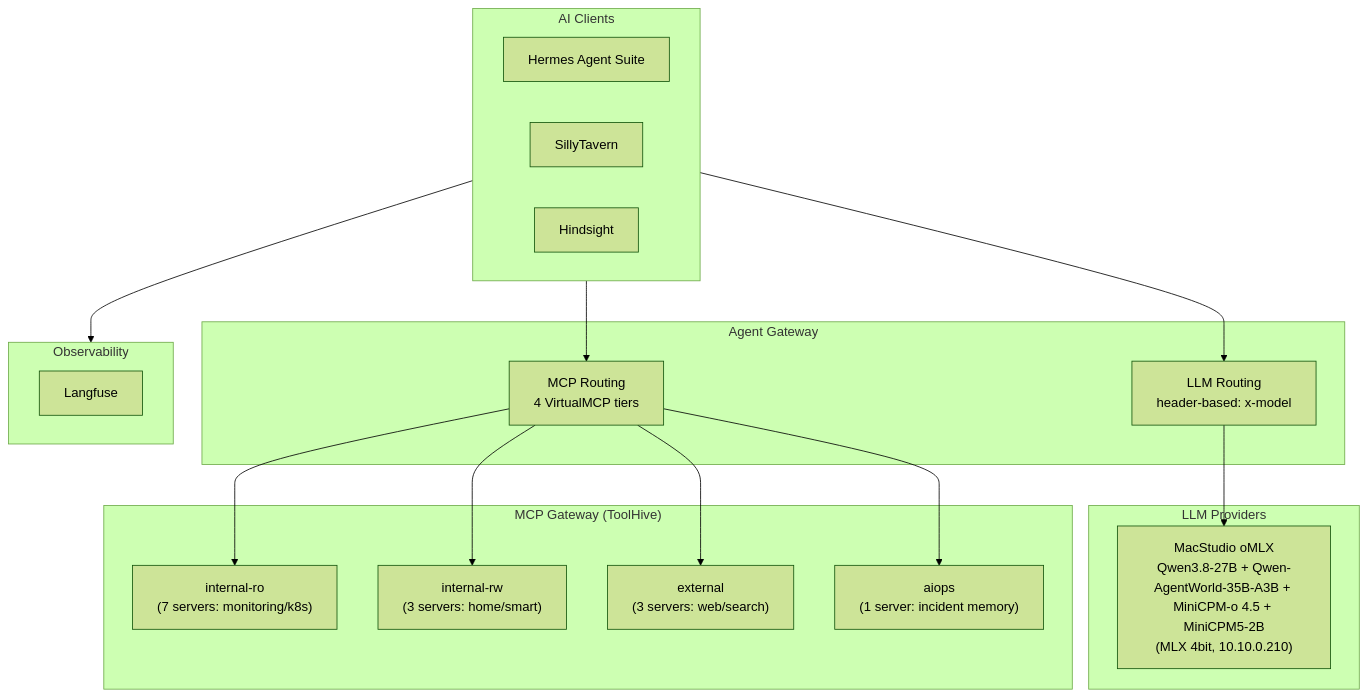
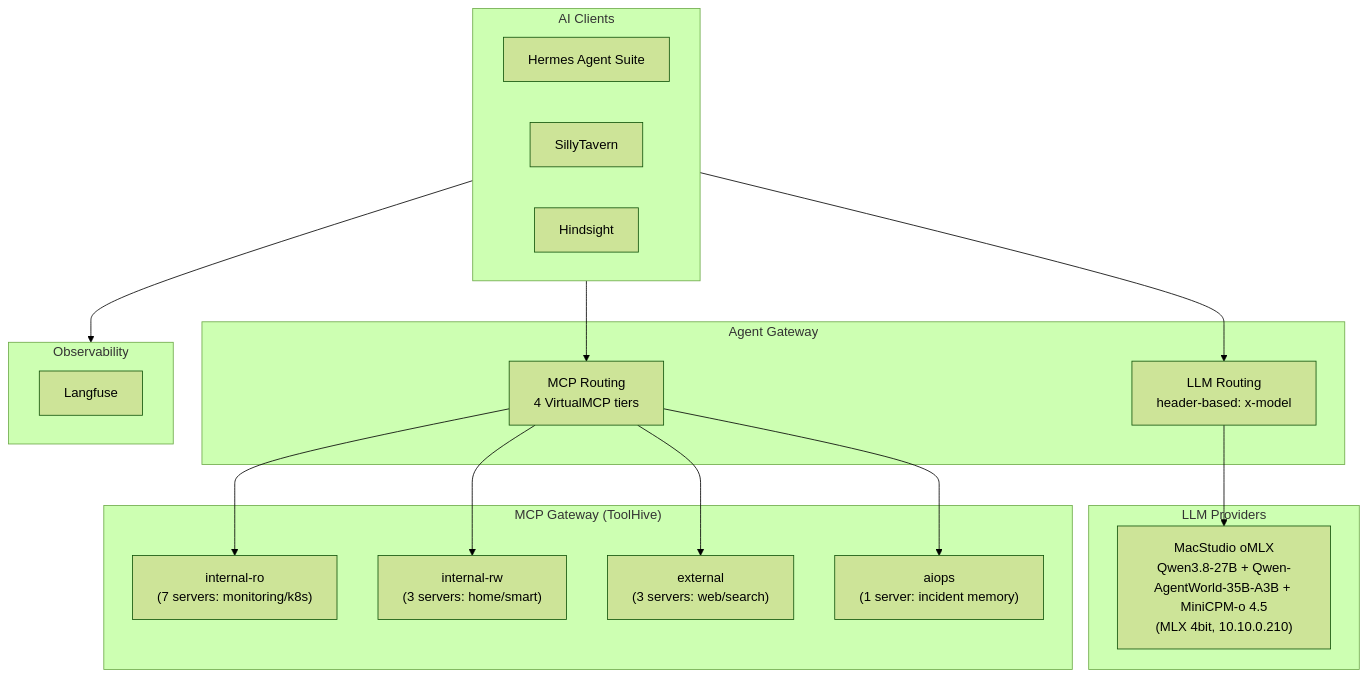
Before and after one commit to soulwhisper/home-ops: the diagram in docs/application/ai.md, drawn with Mermaid (forest theme). The commit also changed other lines of this file and 11 other files, not shown here.

````diff
--- a/docs/application/ai.md
+++ b/docs/application/ai.md
@@ -8,37 +8,37 @@
 ```mermaid
 flowchart TB
     subgraph Clients["AI Clients"]
         Hermes["Hermes Agent Suite"]
         ST["SillyTavern"]
         HS["Hindsight"]
     end
 
     subgraph Gateway["Agent Gateway"]
         AG-LLM["LLM Routing<br/>header-based: x-model"]
         AG-MCP["MCP Routing<br/>4 VirtualMCP tiers"]
     end
 
     subgraph LLM["LLM Providers"]
-        Studio["MacStudio oMLX<br/>Qwen3.8-27B + Qwen-AgentWorld-35B-A3B + MiniCPM-o 4.5 + MiniCPM5-2B<br/>(MLX 4bit, 10.10.0.210)"]
+        Studio["MacStudio oMLX<br/>Qwen3.8-27B + Qwen-AgentWorld-35B-A3B + MiniCPM-o 4.5<br/>(MLX 4bit, 10.10.0.210)"]
     end
 
     subgraph MCP["MCP Gateway (ToolHive)"]
         VMCP-RO["internal-ro<br/>(7 servers: monitoring/k8s)"]
         VMCP-RW["internal-rw<br/>(3 servers: home/smart)"]
         VMCP-EXT["external<br/>(3 servers: web/search)"]
         VMCP-AIOPS["aiops<br/>(1 server: incident memory)"]
     end
 
     subgraph Obs["Observability"]
         Langfuse["Langfuse"]
     end
 
     Clients --> AG-LLM
     Clients --> AG-MCP
     AG-LLM --> Studio
     AG-MCP --> VMCP-RO
     AG-MCP --> VMCP-RW
     AG-MCP --> VMCP-EXT
     AG-MCP --> VMCP-AIOPS
     Clients --> Obs
 ```
````
